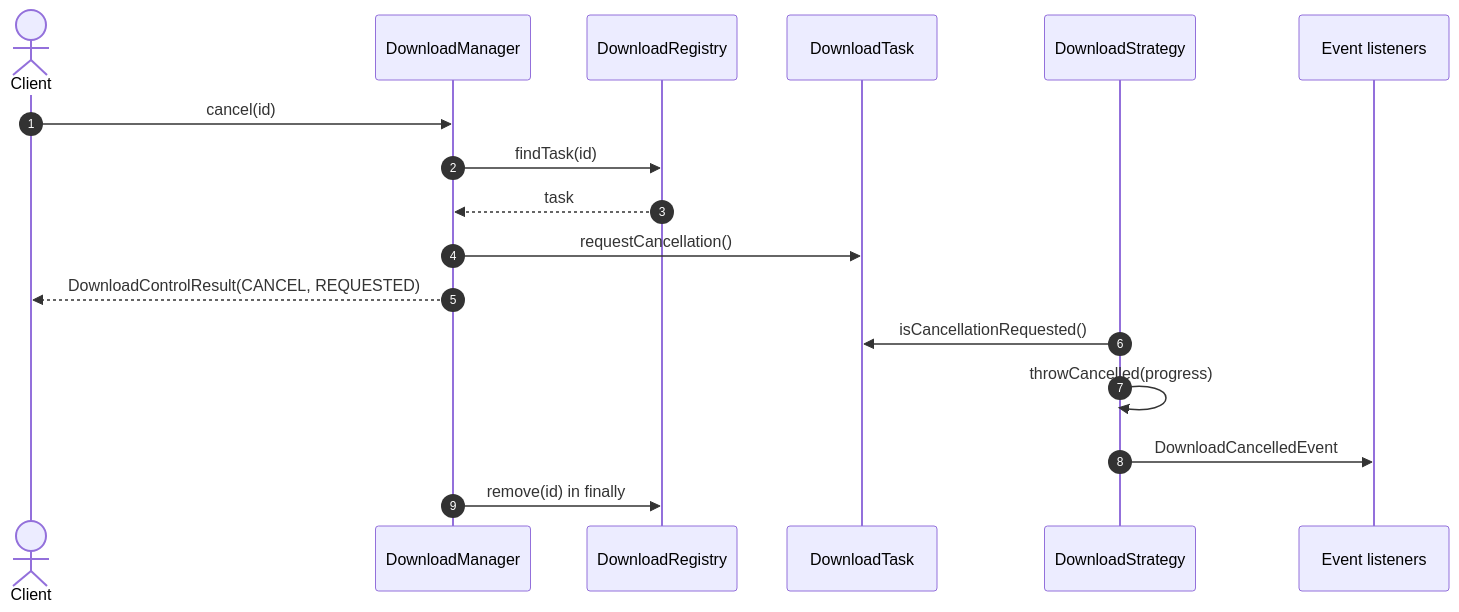
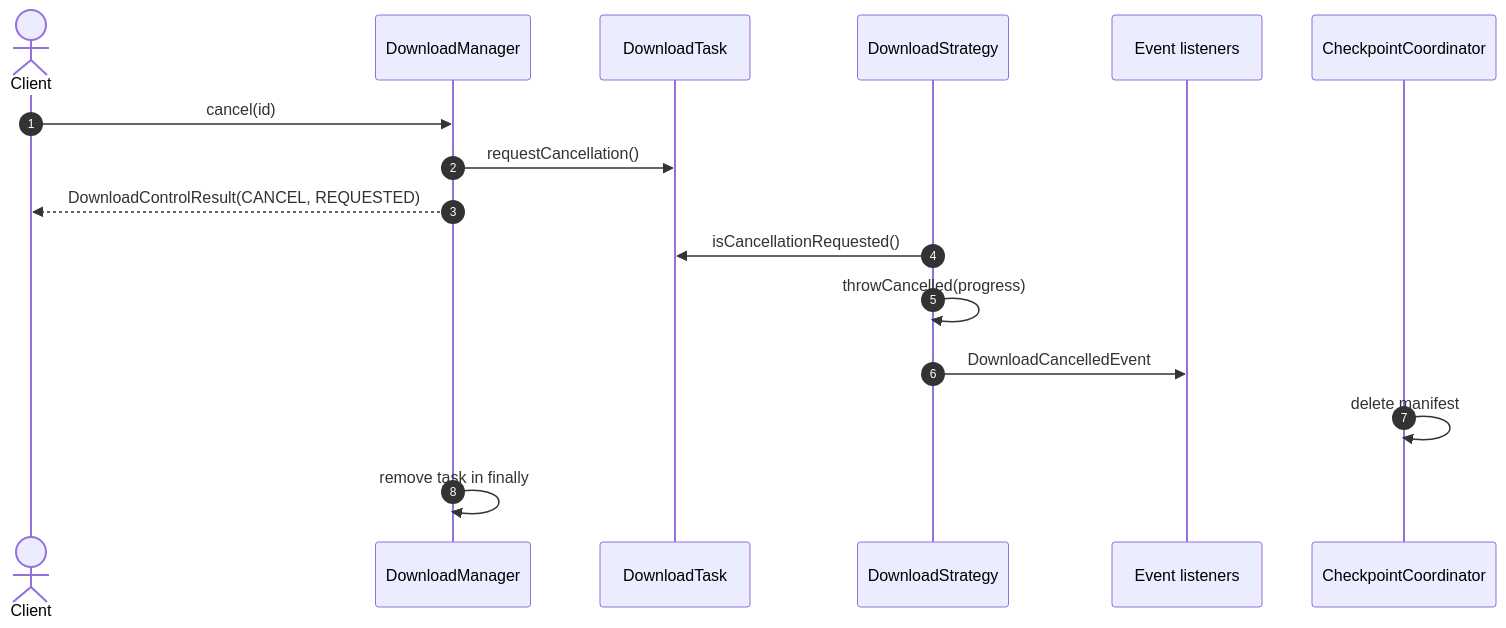
One commit to jsanca/Katabasis changed the third of 3 diagrams in docs/knowledge/flows/download-lifecycle.md. Above: the diagram before and after it, drawn with Mermaid. The commit also changed other lines of this file and 13 other files, not shown here.

Commit message:
K-KNOWLEDGE-CURATE-001: refresh architecture knowledge at f999777

````diff
--- a/docs/knowledge/flows/download-lifecycle.md
+++ b/docs/knowledge/flows/download-lifecycle.md
@@ -85,20 +88,19 @@
 ```mermaid
 sequenceDiagram
     autonumber
     actor Client
     participant Manager as DownloadManager
-    participant Registry as DownloadRegistry
     participant Task as DownloadTask
     participant Strategy as DownloadStrategy
     participant Events as Event listeners
+    participant Coord as CheckpointCoordinator
 
     Client->>Manager: cancel(id)
-    Manager->>Registry: findTask(id)
-    Registry-->>Manager: task
     Manager->>Task: requestCancellation()
     Manager-->>Client: DownloadControlResult(CANCEL, REQUESTED)
     Strategy->>Task: isCancellationRequested()
     Strategy->>Strategy: throwCancelled(progress)
     Strategy->>Events: DownloadCancelledEvent
-    Manager->>Registry: remove(id) in finally
+    Coord->>Coord: delete manifest
+    Manager->>Manager: remove task in finally
 ```
````
